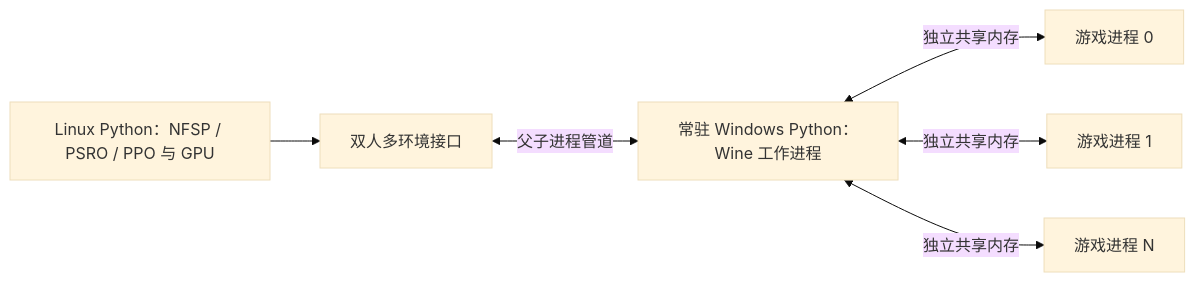
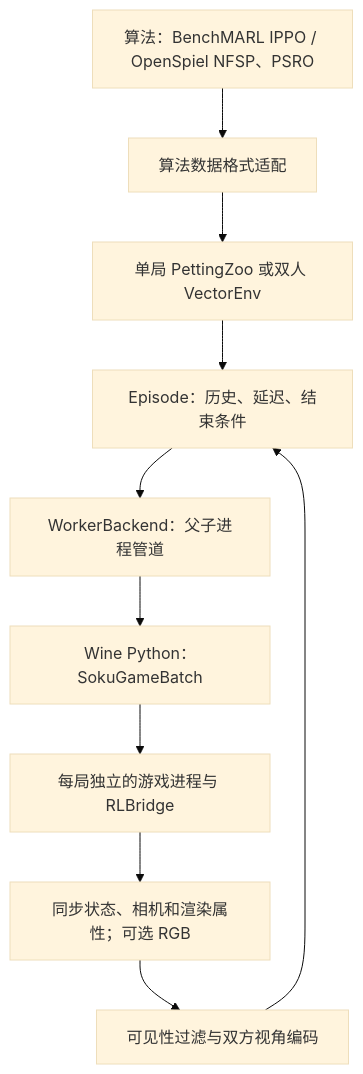
One commit to NoFumoNoWork/SokuRL changed the diagram in docs/multi-agent-env.md. Above: the diagram before and after it, drawn with Mermaid (base theme). The commit also changed other lines of this file and 2 other files, not shown here.

Commit message:
docs: describe current MARL layers and real-game validation evidence

````diff
--- a/docs/multi-agent-env.md
+++ b/docs/multi-agent-env.md
@@ -18,8 +11,12 @@
 ```mermaid
-flowchart LR
-    L[Linux Python：NFSP / PSRO / PPO 与 GPU] --> V[双人多环境接口]
-    V <-->|父子进程管道| W[常驻 Windows Python：Wine 工作进程]
-    W <-->|独立共享内存| G0[游戏进程 0]
-    W <-->|独立共享内存| G1[游戏进程 1]
-    W <-->|独立共享内存| GN[游戏进程 N]
+flowchart TD
+    A[算法：BenchMARL IPPO / OpenSpiel NFSP、PSRO] --> B[算法数据格式适配]
+    B --> C[单局 PettingZoo 或双人 VectorEnv]
+    C --> D[Episode：历史、延迟、结束条件]
+    D --> E[WorkerBackend：父子进程管道]
+    E --> F[Wine Python：SokuGameBatch]
+    F --> G[每局独立的游戏进程与 RLBridge]
+    G --> H[同步状态、相机和渲染属性；可选 RGB]
+    H --> I[可见性过滤与双方视角编码]
+    I --> D
 ```
````
